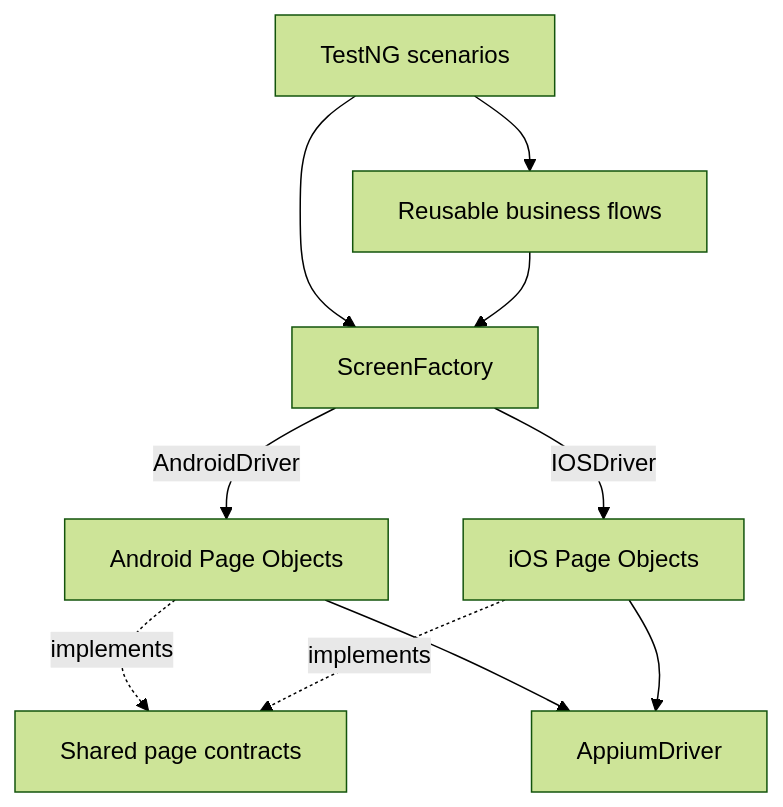
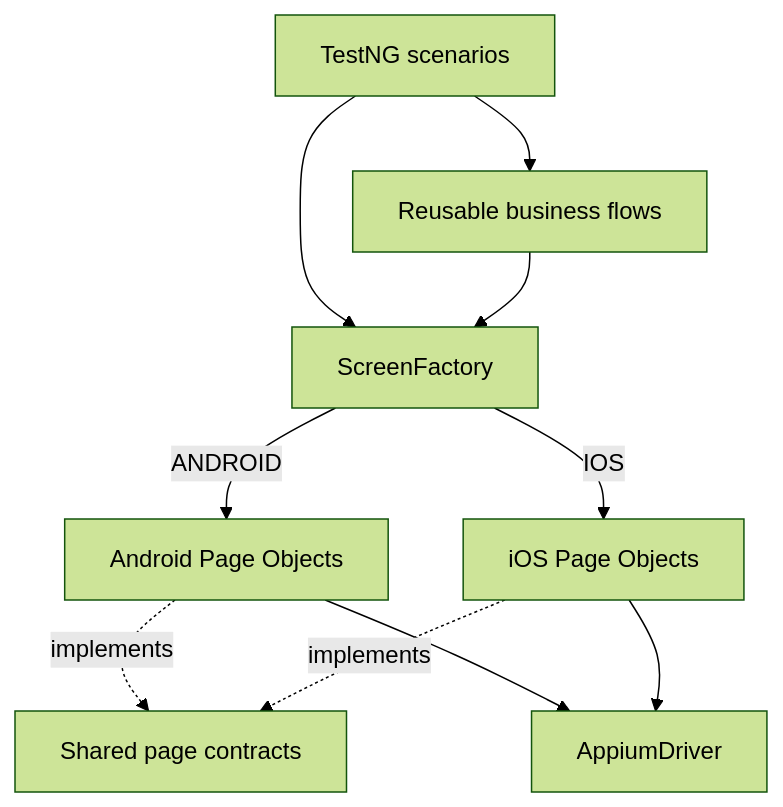
Before and after one commit to Zaru92/appium-java-my-demo-app-portfolio: the diagram in README.md, drawn with Mermaid (forest theme). The commit also changed other lines of this file and 88 other files, not shown here.

````diff
--- a/README.md
+++ b/README.md
@@ -86,12 +87,12 @@
 ```mermaid
 flowchart TD
     Tests["TestNG scenarios"] --> Flows["Reusable business flows"]
     Tests --> Factory["ScreenFactory"]
     Flows --> Factory
-    Factory -->|AndroidDriver| Android["Android Page Objects"]
-    Factory -->|IOSDriver| IOS["iOS Page Objects"]
+    Factory -->|ANDROID| Android["Android Page Objects"]
+    Factory -->|IOS| IOS["iOS Page Objects"]
     Android -. implements .-> Contracts["Shared page contracts"]
     IOS -. implements .-> Contracts
     Android --> Appium["AppiumDriver"]
     IOS --> Appium
 ```
````
